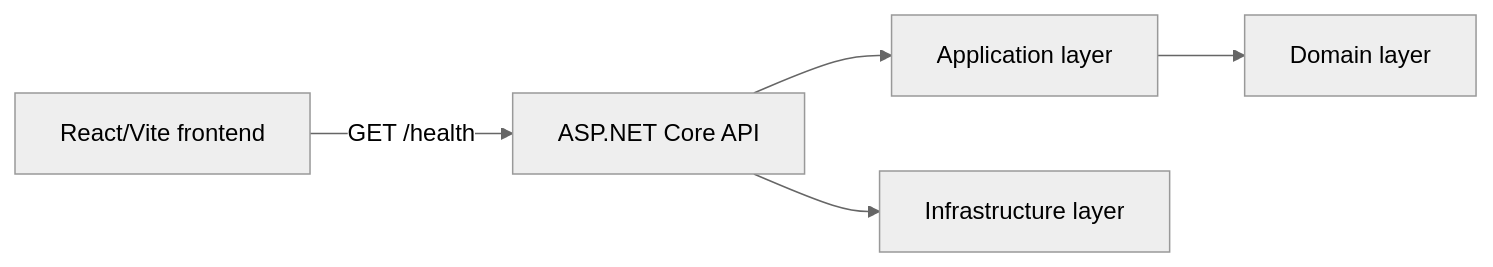
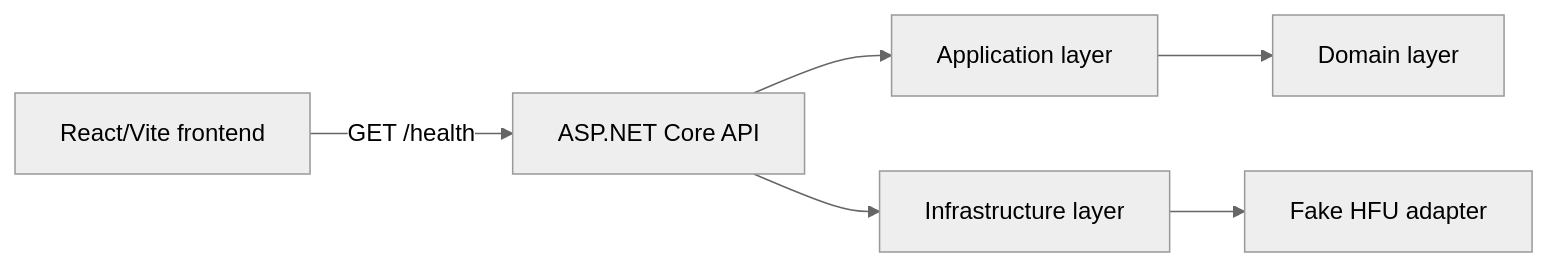
The first of 2 diagrams in docs/architecture.md (DimasTkachenko/HFU.AiCallCenter), drawn with Mermaid (neutral theme) before and after one commit. The commit also changed other lines of this file and 23 other files, not shown here.

Commit message:
feat: add stage 6 fake hfu registration

````diff
--- a/docs/architecture.md
+++ b/docs/architecture.md
@@ -9,7 +9,8 @@
 ```mermaid
 flowchart LR
     Browser["React/Vite frontend"] -->|GET /health| Api["ASP.NET Core API"]
     Api --> App["Application layer"]
     App --> Domain["Domain layer"]
     Api --> Infra["Infrastructure layer"]
+    Infra --> FakeHfu["Fake HFU adapter"]
 ```
````
